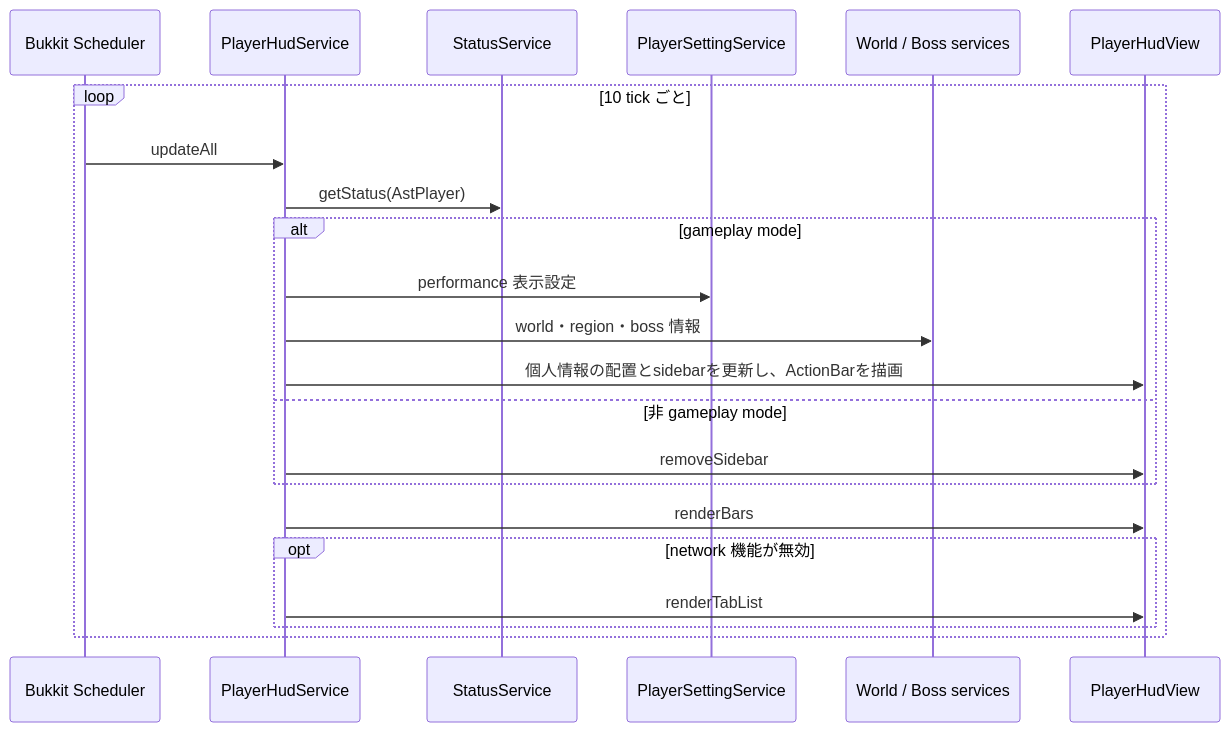
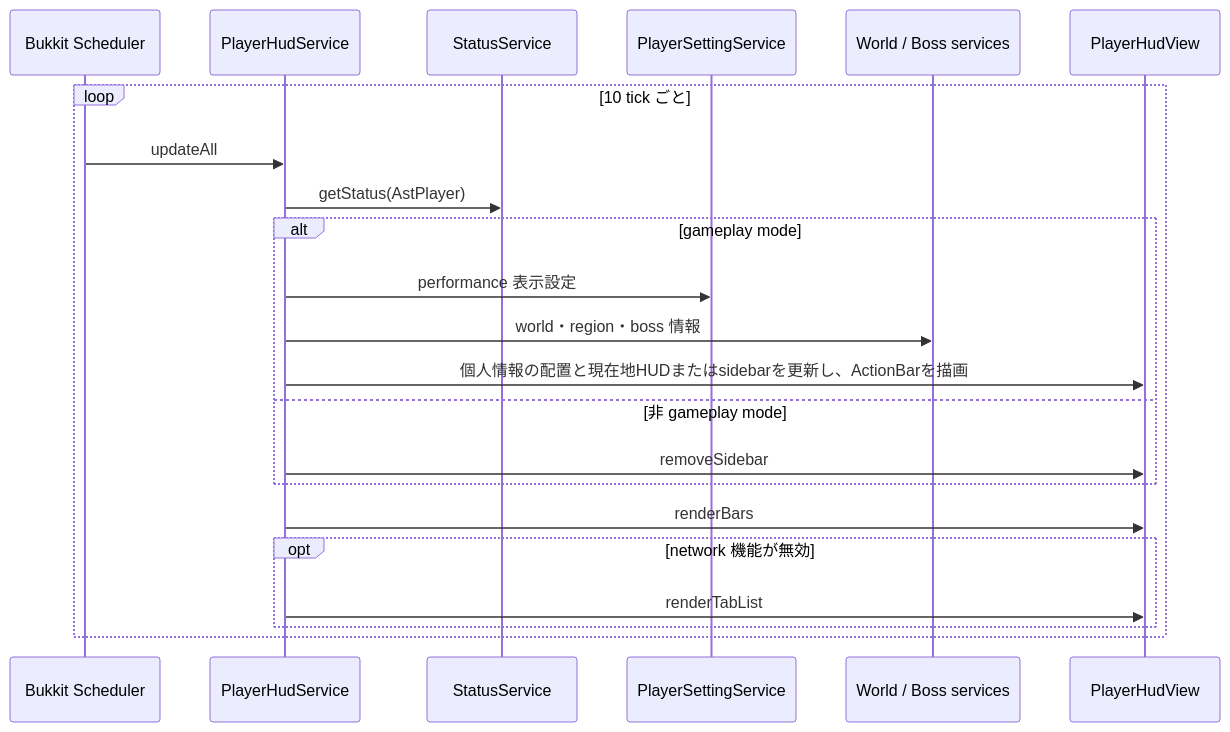
One commit to maaasu/AstralRecord-Workspace changed the first of 3 diagrams in 00_docs/10_Plugin設計書/feature/10-hud/10_4-統合フロー.md. Above: the diagram before and after it, drawn with Mermaid. The commit also changed other lines of this file and 22 other files, not shown here.

````diff
--- a/00_docs/10_Plugin設計書/feature/10-hud/10_4-統合フロー.md
+++ b/00_docs/10_Plugin設計書/feature/10-hud/10_4-統合フロー.md
@@ -7,25 +7,25 @@
 ```mermaid
 sequenceDiagram
     participant Task as Bukkit Scheduler
     participant Hud as PlayerHudService
     participant Status as StatusService
     participant Setting as PlayerSettingService
     participant World as World / Boss services
     participant View as PlayerHudView
 
     loop 10 tick ごと
         Task->>Hud: updateAll
         Hud->>Status: getStatus(AstPlayer)
         alt gameplay mode
             Hud->>Setting: performance 表示設定
             Hud->>World: world・region・boss 情報
-            Hud->>View: 個人情報の配置とsidebarを更新し、ActionBarを描画
+            Hud->>View: 個人情報の配置と現在地HUDまたはsidebarを更新し、ActionBarを描画
         else 非 gameplay mode
             Hud->>View: removeSidebar
         end
         Hud->>View: renderBars
         opt network 機能が無効
             Hud->>View: renderTabList
         end
     end
 ```
````
